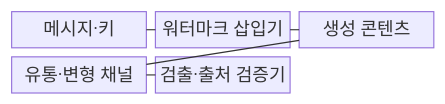
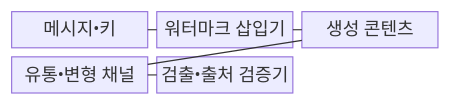
One commit to agnusdei1207/knowledge-base changed the first of 2 diagrams in src/content/docs/notes/05-security/091_ai_watermarking.md. Above: the diagram before and after it, drawn with Mermaid. The commit also changed other lines of this file and 953 other files, not shown here.

````diff
--- a/src/content/docs/notes/05-security/091_ai_watermarking.md
+++ b/src/content/docs/notes/05-security/091_ai_watermarking.md
@@ -64,13 +64,13 @@
 ```mermaid
 block-beta
   columns 3
-  A["메시지·키"]
+  A["메시지•키"]
   B["워터마크 삽입기"]
   C["생성 콘텐츠"]
-  D["유통·변형 채널"]
-  E["검출·출처 검증기"]
+  D["유통•변형 채널"]
+  E["검출•출처 검증기"]
   A --- B
   B --- C
   C --- D
   D --- E
 ```
````
